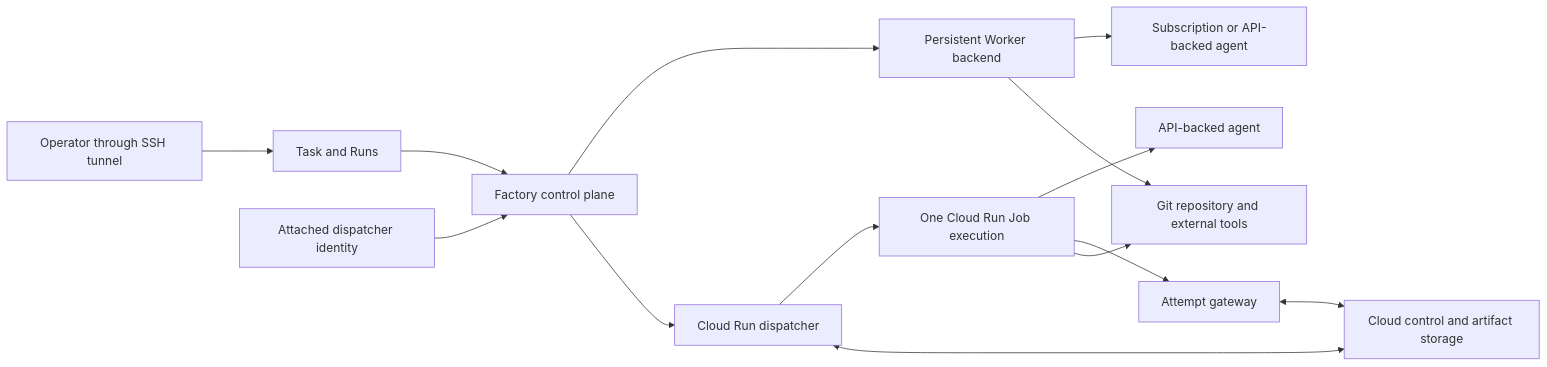
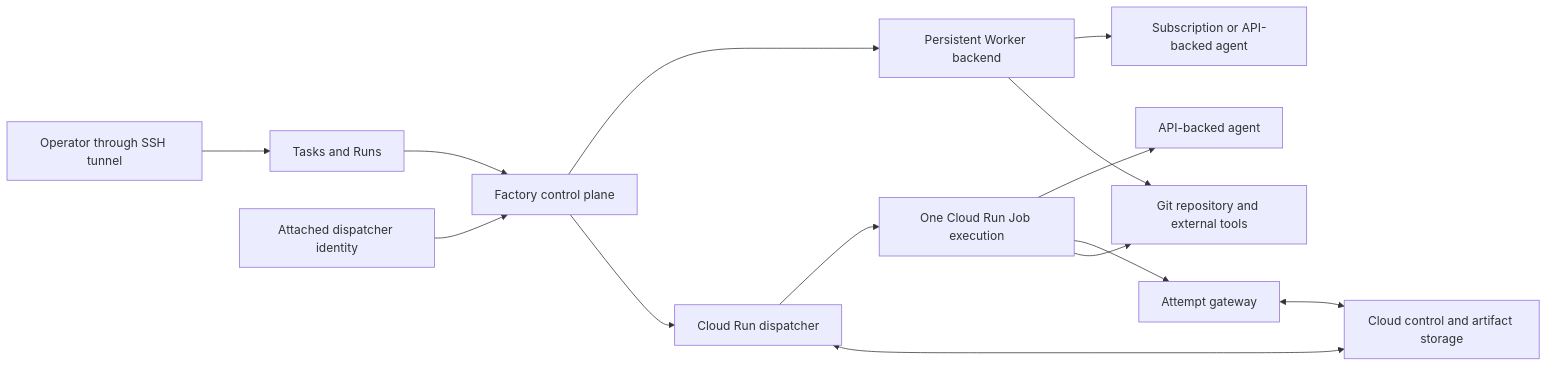
Before and after one commit to owainlewis/factory: the diagram in docs/cloud-run-agents/design.md, drawn with Mermaid. The commit also changed other lines of this file and 8 other files, not shown here.

````diff
--- a/docs/cloud-run-agents/design.md
+++ b/docs/cloud-run-agents/design.md
@@ -61,16 +61,16 @@
 ```mermaid
 flowchart LR
-    O["Operator through SSH tunnel"] --> R["Task and Runs"]
+    O["Operator through SSH tunnel"] --> R["Tasks and Runs"]
     R --> CP["Factory control plane"]
     IAM["Attached dispatcher identity"] --> CP
     CP --> PW["Persistent Worker backend"]
     PW --> PA["Subscription or API-backed agent"]
     CP --> CD["Cloud Run dispatcher"]
     CD --> CR["One Cloud Run Job execution"]
     CR --> CA["API-backed agent"]
     CD <--> CS["Cloud control and artifact storage"]
     CR --> AG["Attempt gateway"]
     AG <--> CS
     PW --> GH["Git repository and external tools"]
     CR --> GH
 ```
````
